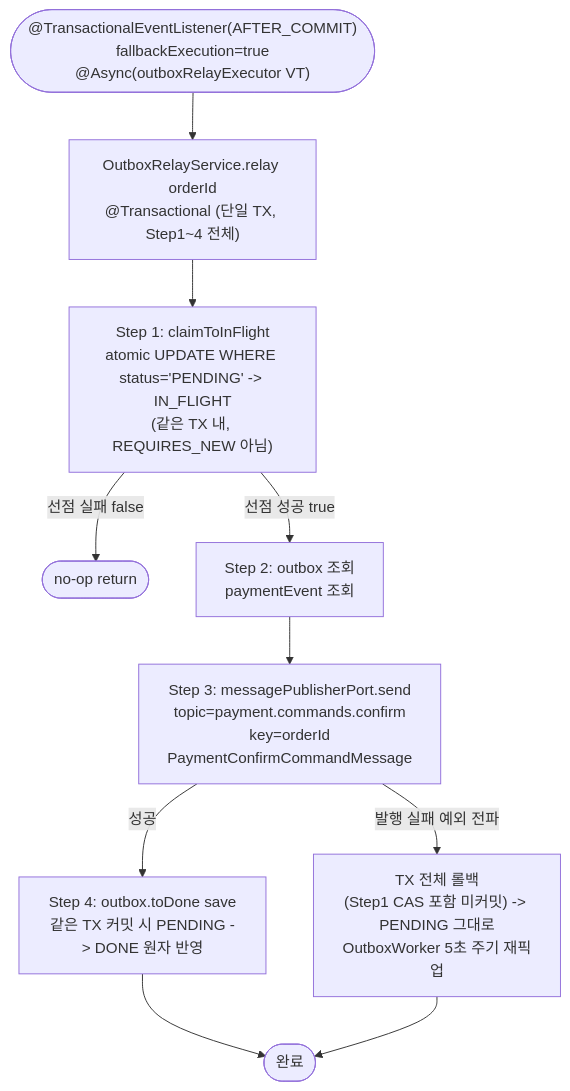
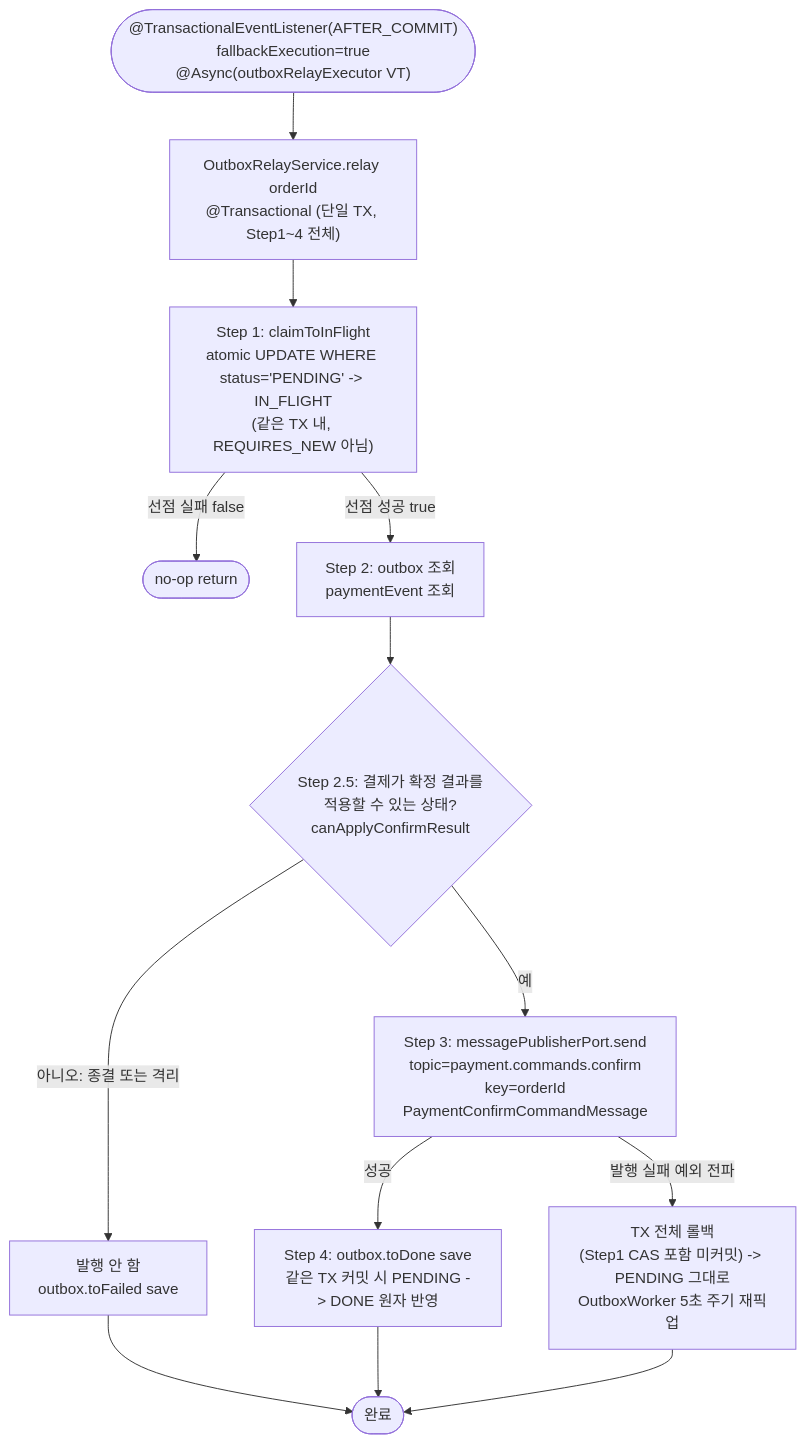
Before and after one commit to hyoguoo/payment-platform: the second of 8 diagrams in docs/context/CONFIRM-FLOW.md, drawn with Mermaid. The commit also changed other lines of this file and 7 other files, not shown here.

````diff
--- a/docs/context/CONFIRM-FLOW.md
+++ b/docs/context/CONFIRM-FLOW.md
@@ -72,16 +70,19 @@
 ```mermaid
 flowchart TD
     EV(["@TransactionalEventListener(AFTER_COMMIT)<br/>fallbackExecution=true<br/>@Async(outboxRelayExecutor VT)"]) --> RELAY["OutboxRelayService.relay orderId<br/>@Transactional (단일 TX, Step1~4 전체)"]
 
     RELAY --> CL["Step 1: claimToInFlight<br/>atomic UPDATE WHERE status='PENDING' -> IN_FLIGHT<br/>(같은 TX 내, REQUIRES_NEW 아님)"]
     CL -->|선점 실패 false| SKIP([no-op return])
     CL -->|선점 성공 true| LOAD[Step 2: outbox 조회<br/>paymentEvent 조회]
 
-    LOAD --> SEND["Step 3: messagePublisherPort.send<br/>topic=payment.commands.confirm<br/>key=orderId<br/>PaymentConfirmCommandMessage"]
+    LOAD --> GATE{"Step 2.5: 결제가 확정 결과를<br/>적용할 수 있는 상태?<br/>canApplyConfirmResult"}
+    GATE -->|"아니오: 종결 또는 격리"| SKIPFAIL["발행 안 함<br/>outbox.toFailed save"]
+    SKIPFAIL --> END
+    GATE -->|예| SEND["Step 3: messagePublisherPort.send<br/>topic=payment.commands.confirm<br/>key=orderId<br/>PaymentConfirmCommandMessage"]
 
     SEND -->|발행 실패 예외 전파| ROLLBACK["TX 전체 롤백<br/>(Step1 CAS 포함 미커밋) -> PENDING 그대로<br/>OutboxWorker 5초 주기 재픽업"]
     SEND -->|성공| DONE["Step 4: outbox.toDone save<br/>같은 TX 커밋 시 PENDING -> DONE 원자 반영"]
 
     DONE --> END([완료])
     ROLLBACK --> END
 ```
````
